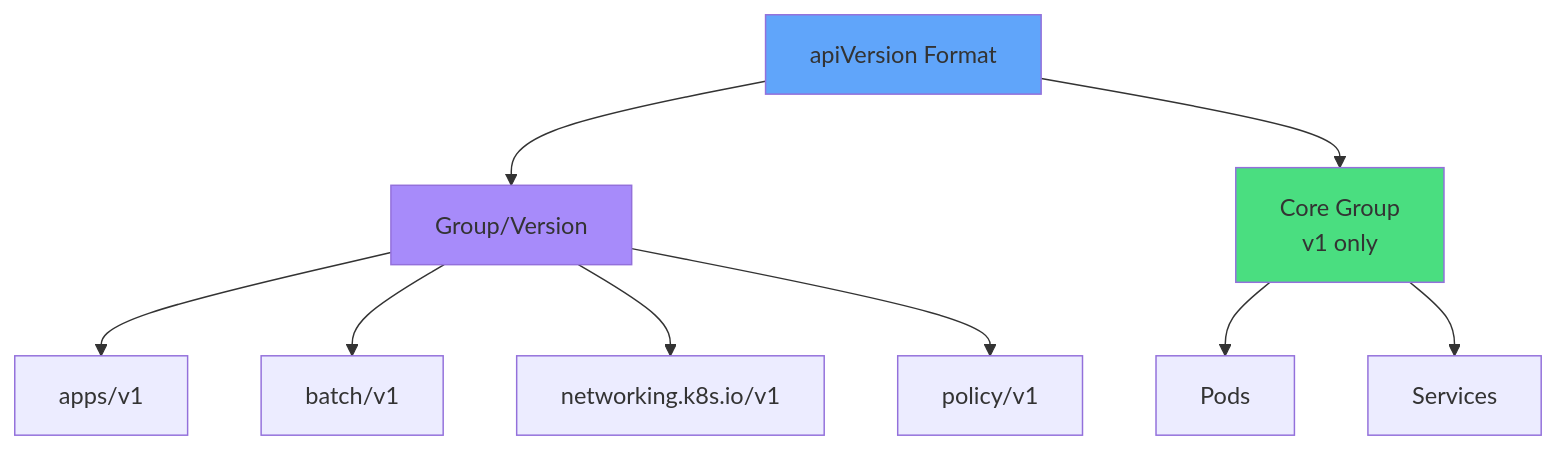
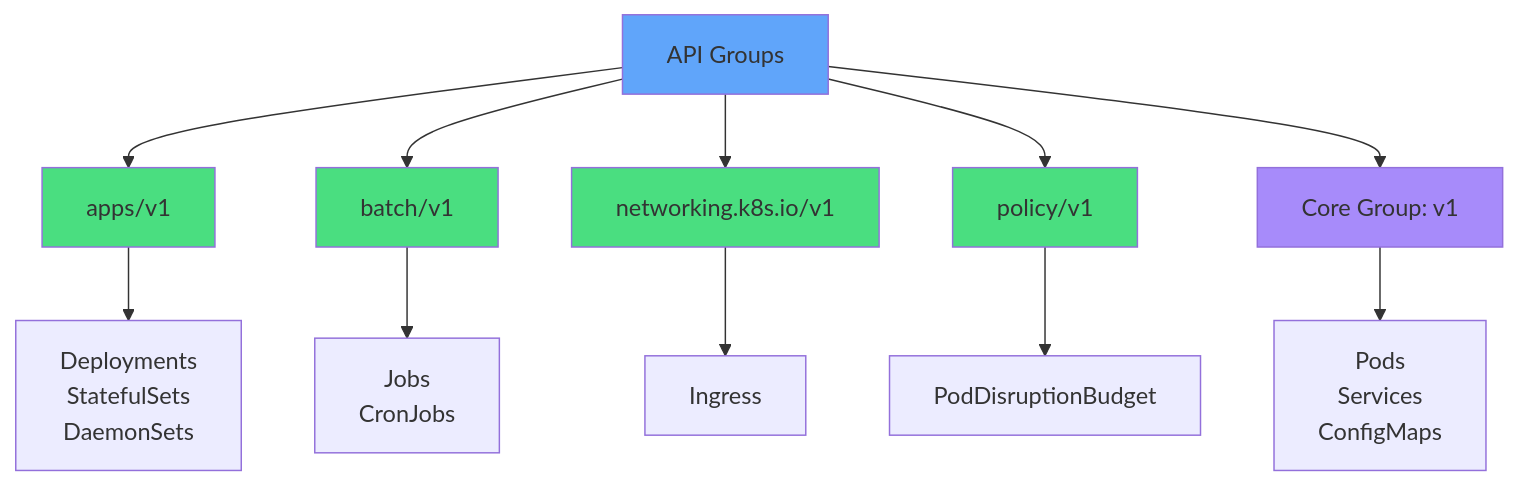
The third of 9 diagrams in slides/api-versions/slides.md (courselabs/kubernetes), drawn with Mermaid before and after one commit. The commit also changed other lines of this file and 7 other files, not shown here.

````diff
--- a/slides/api-versions/slides.md
+++ b/slides/api-versions/slides.md
@@ -92,14 +163,20 @@
 ```mermaid
 graph TB
-    A[apiVersion Format] --> G[Group/Version]
-    G --> E1[apps/v1]
-    G --> E2[batch/v1]
-    G --> E3[networking.k8s.io/v1]
-    G --> E4[policy/v1]
-    A --> C[Core Group<br/>v1 only]
-    C --> E5[Pods]
-    C --> E6[Services]
+    A[API Groups]
+    A --> G1[apps/v1]
+    A --> G2[batch/v1]
+    A --> G3[networking.k8s.io/v1]
+    A --> G4[policy/v1]
+    A --> C[Core Group: v1]
+    G1 --> R1[Deployments<br/>StatefulSets<br/>DaemonSets]
+    G2 --> R2[Jobs<br/>CronJobs]
+    G3 --> R3[Ingress]
+    G4 --> R4[PodDisruptionBudget]
+    C --> R5[Pods<br/>Services<br/>ConfigMaps]
     style A fill:#60a5fa
-    style G fill:#a78bfa
-    style C fill:#4ade80
+    style G1 fill:#4ade80
+    style G2 fill:#4ade80
+    style G3 fill:#4ade80
+    style G4 fill:#4ade80
+    style C fill:#a78bfa
 ```
````
